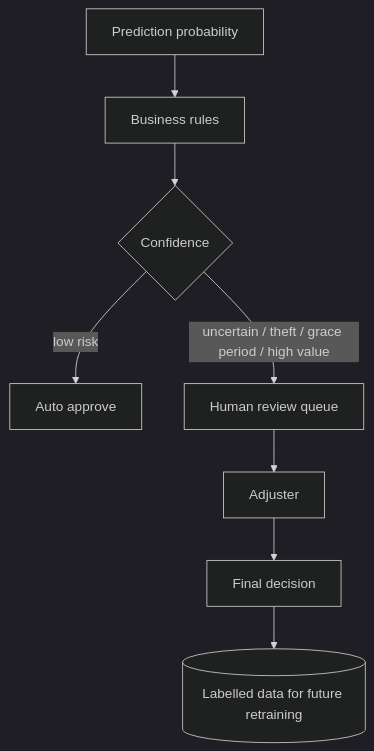
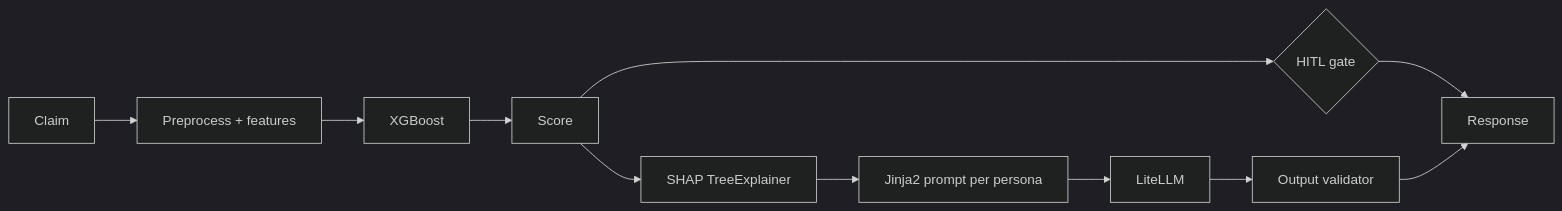
The diagram in DESIGN.md (Mahdielaimani/claim-approval-agent), drawn with Mermaid (dark theme) before and after one commit. The commit also changed other lines of this file, not shown here.

````diff
--- a/DESIGN.md
+++ b/DESIGN.md
@@ -468,10 +76,13 @@
 ```mermaid
-flowchart TD
-    A[Prediction probability] --> B[Business rules]
-    B --> C{Confidence}
-    C -->|low risk| D[Auto approve]
-    C -->|uncertain / theft / grace period / high value| E[Human review queue]
-    E --> F[Adjuster]
-    F --> G[Final decision]
-    G --> H[(Labelled data for future retraining)]
+flowchart LR
+    A[Claim] --> B[Preprocess + features]
+    B --> C[XGBoost]
+    C --> D[Score]
+    D --> E{HITL gate}
+    D --> F[SHAP TreeExplainer]
+    F --> G[Jinja2 prompt per persona]
+    G --> H[LiteLLM]
+    H --> I[Output validator]
+    E --> J[Response]
+    I --> J
 ```
````
